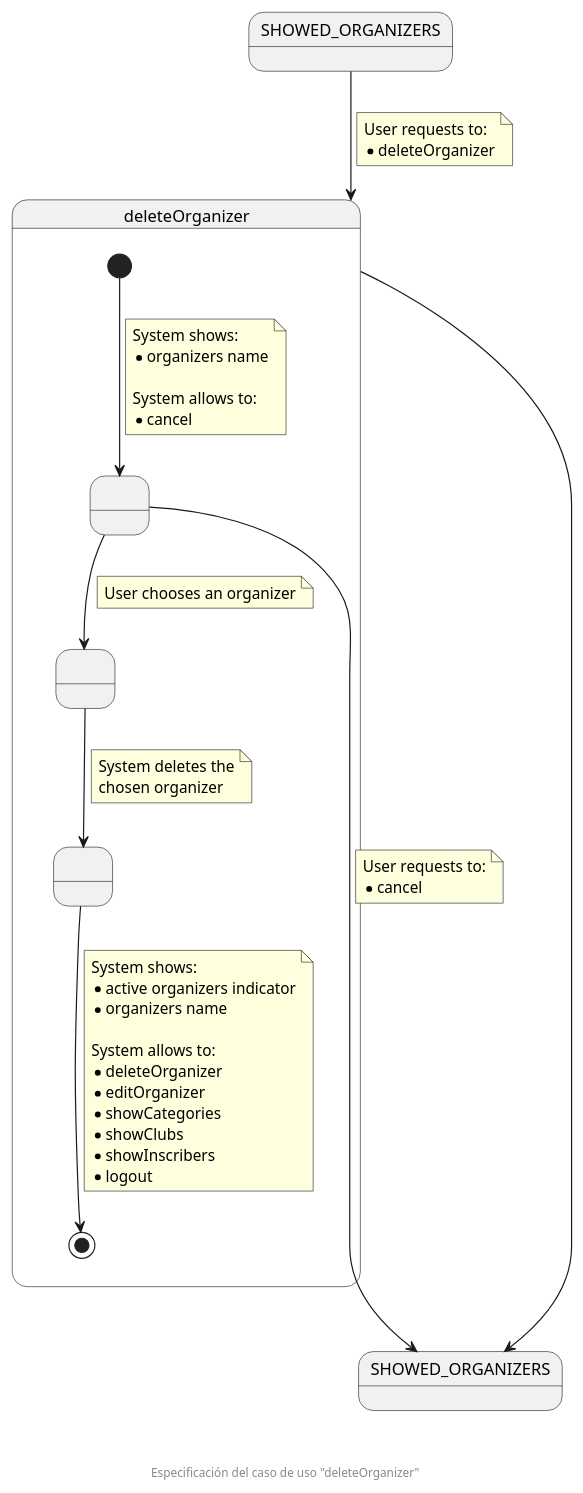
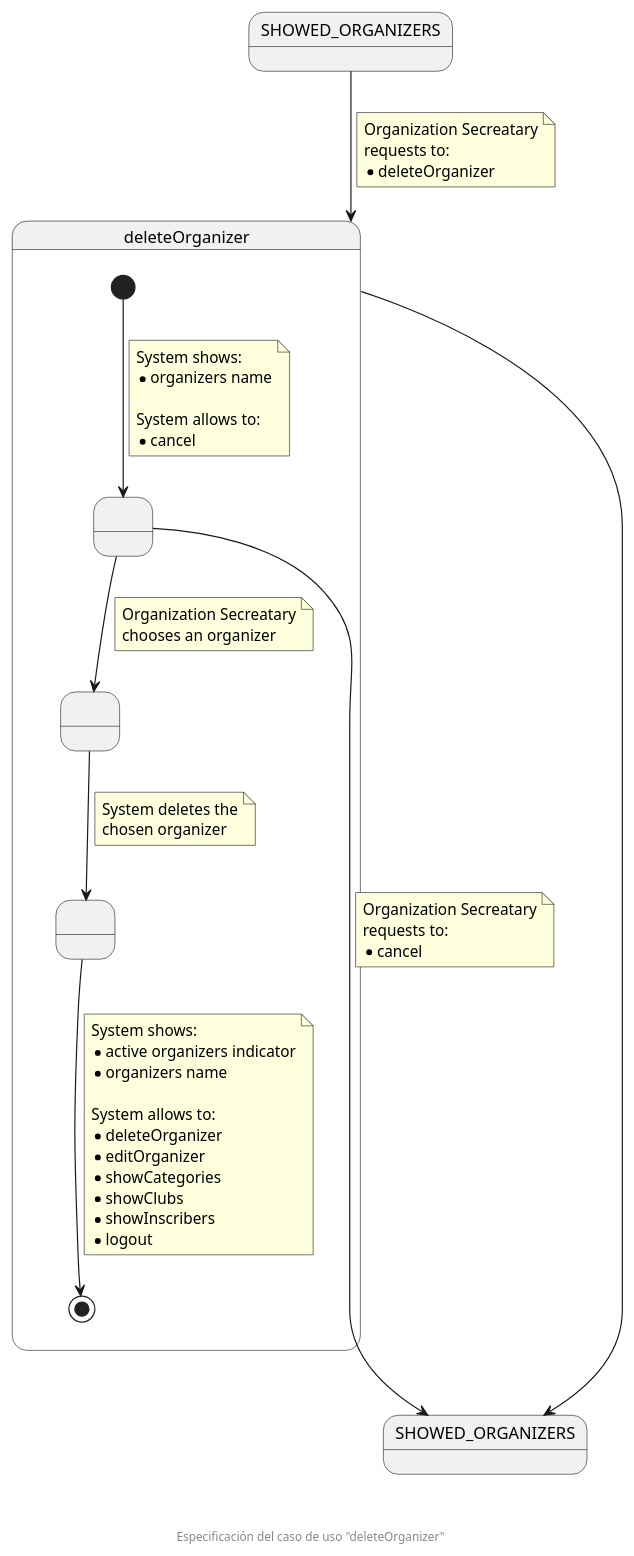
The diagram in documentation/diagrams/1_requirements/3_useCasesSpecification/organizationSecretary/08_deleteOrganizer.puml (zuldare/mastercloud_pfm_halterocms), drawn with PlantUML before and after one commit. The commit also changed 11 other files, not shown here.

Commit message:
docs: improve use cases specification diagrams

```diff
--- a/documentation/diagrams/1_requirements/3_useCasesSpecification/organizationSecretary/08_deleteOrganizer.puml
+++ b/documentation/diagrams/1_requirements/3_useCasesSpecification/organizationSecretary/08_deleteOrganizer.puml
@@ -1,60 +1,63 @@
 @startuml
 state SHOWED_ORGANIZERS
 state "SHOWED_ORGANIZERS" as SHOWED_ORGANIZERS_F
 state deleteOrganizer {
   state " " as SHOWED_ORGANIZERS_TO_BE_DELETED
   state " " as CHOSEN_ORGANIZER
   state " " as ORGANIZER_DELETED
 
   [*] --> SHOWED_ORGANIZERS_TO_BE_DELETED
   note on link
     System shows:
     * organizers name
 
     System allows to:
     * cancel
   end note
   
   SHOWED_ORGANIZERS_TO_BE_DELETED --> CHOSEN_ORGANIZER
   note on link
-    User chooses an organizer
+    Organization Secreatary
+    chooses an organizer
   end note
 
   SHOWED_ORGANIZERS_TO_BE_DELETED -down-> SHOWED_ORGANIZERS_F
   note on link
-    User requests to:
+    Organization Secreatary
+    requests to:
     * cancel
   end note
 
   CHOSEN_ORGANIZER --> ORGANIZER_DELETED
   note on link
     System deletes the
     chosen organizer
   end note
 
   ORGANIZER_DELETED --> [*]
   note on link
     System shows:
     * active organizers indicator
     * organizers name
 
     System allows to:
     * deleteOrganizer
     * editOrganizer
     * showCategories
     * showClubs
     * showInscribers
     * logout
   end note
 }
 
 SHOWED_ORGANIZERS --> deleteOrganizer
 note on link
-  User requests to:
+  Organization Secreatary
+  requests to:
   * deleteOrganizer
 end note
 
 deleteOrganizer ------> SHOWED_ORGANIZERS_F
 
 footer \n\n\n Especificación del caso de uso "deleteOrganizer"
 @enduml
```
